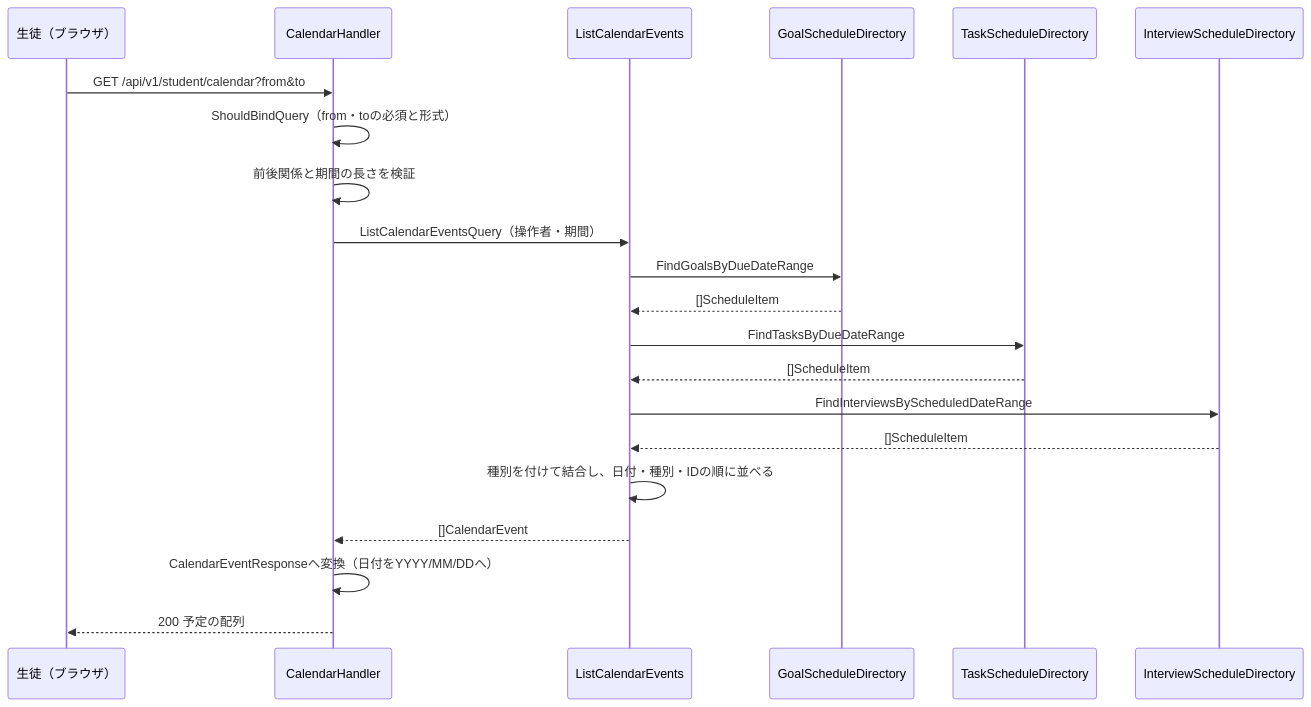
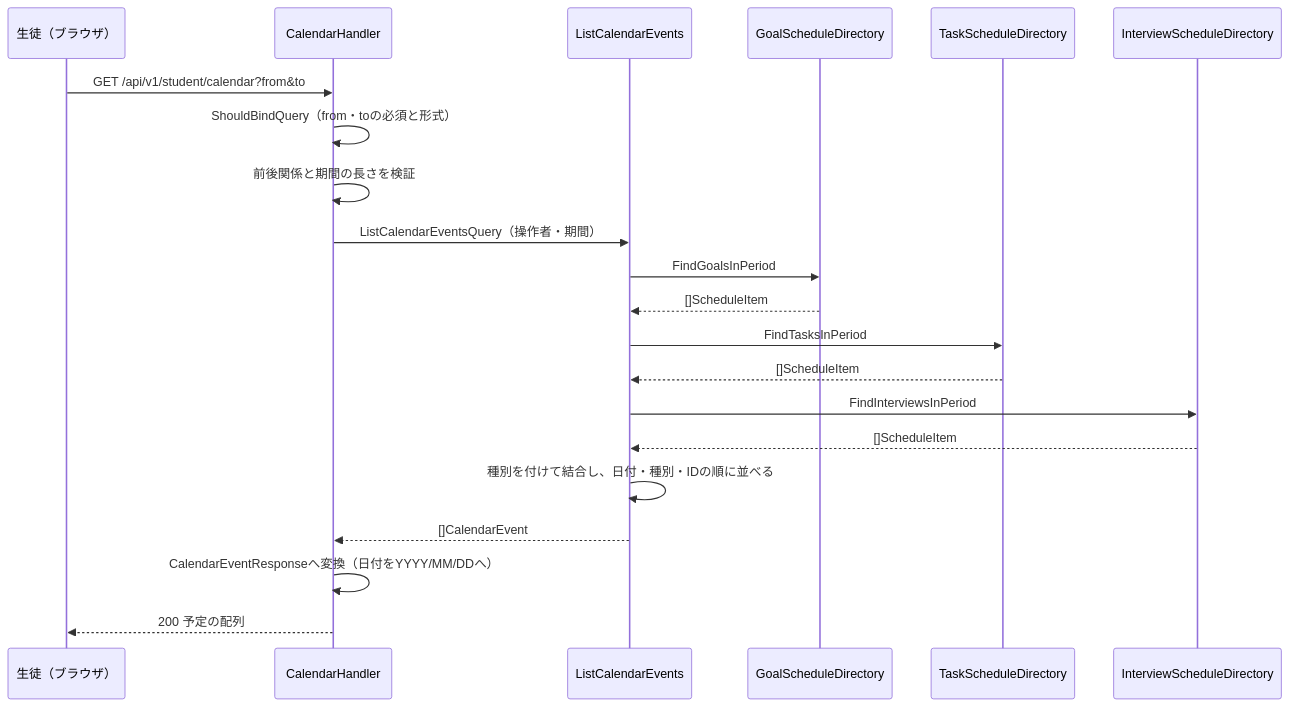
One commit to yuta20253/edu-platform-go-design changed the diagram in 計画書/Go実装仕様書/カレンダー機能_Go実装仕様書.md. Above: the diagram before and after it, drawn with Mermaid. The commit also changed other lines of this file and 4 other files, not shown here.

````diff
--- a/計画書/Go実装仕様書/カレンダー機能_Go実装仕様書.md
+++ b/計画書/Go実装仕様書/カレンダー機能_Go実装仕様書.md
@@ -207,24 +209,24 @@
 ```mermaid
 sequenceDiagram
     participant C as 生徒（ブラウザ）
     participant H as CalendarHandler
     participant A as ListCalendarEvents
     participant GD as GoalScheduleDirectory
     participant TD as TaskScheduleDirectory
     participant ID as InterviewScheduleDirectory
 
     C->>H: GET /api/v1/student/calendar?from&to
     H->>H: ShouldBindQuery（from・toの必須と形式）
     H->>H: 前後関係と期間の長さを検証
     H->>A: ListCalendarEventsQuery（操作者・期間）
-    A->>GD: FindGoalsByDueDateRange
+    A->>GD: FindGoalsInPeriod
     GD-->>A: []ScheduleItem
-    A->>TD: FindTasksByDueDateRange
+    A->>TD: FindTasksInPeriod
     TD-->>A: []ScheduleItem
-    A->>ID: FindInterviewsByScheduledDateRange
+    A->>ID: FindInterviewsInPeriod
     ID-->>A: []ScheduleItem
     A->>A: 種別を付けて結合し、日付・種別・IDの順に並べる
     A-->>H: []CalendarEvent
     H->>H: CalendarEventResponseへ変換（日付をYYYY/MM/DDへ）
     H-->>C: 200 予定の配列
 ```
````
